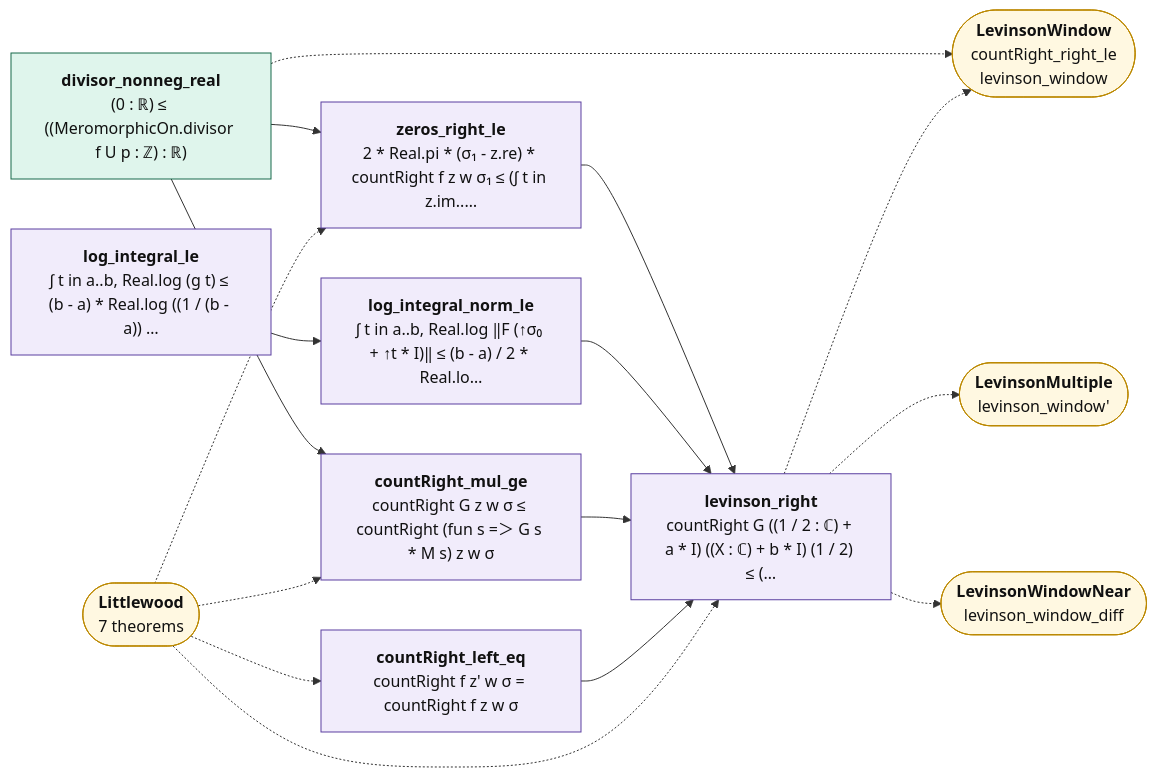
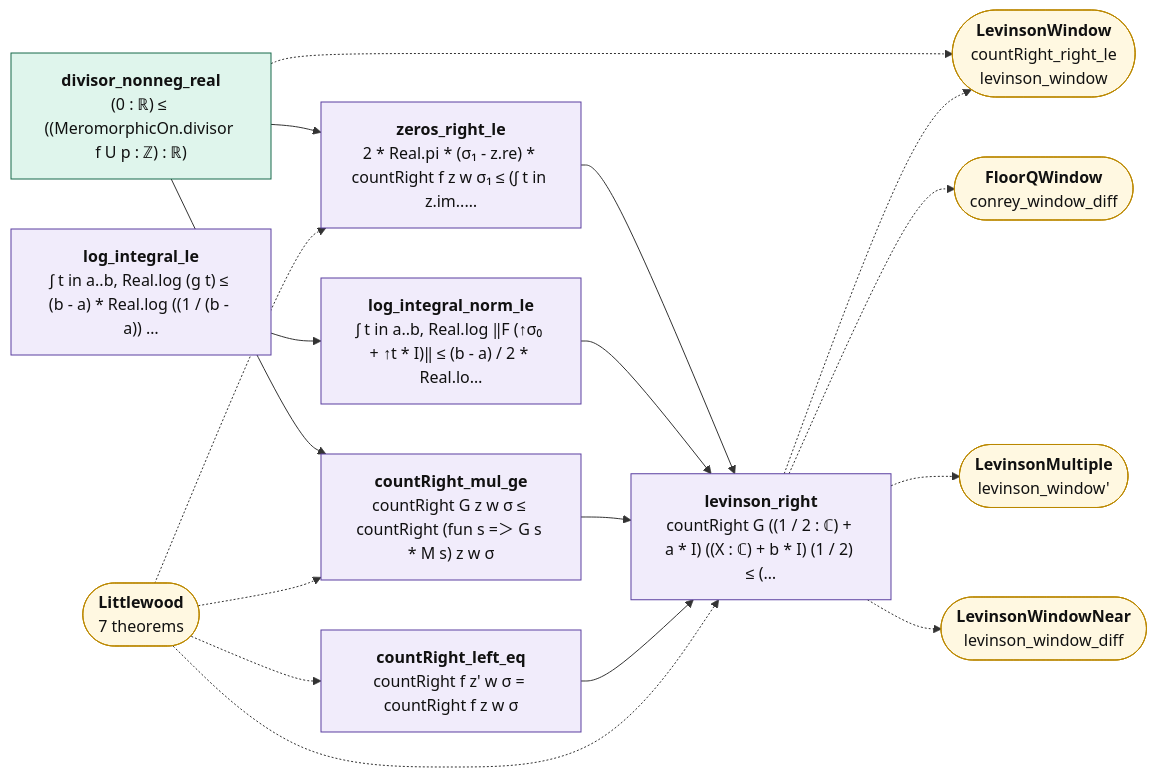
One commit to juliansambranojr/Primebeat_081426 changed the diagram in map/lean_stage3/LevinsonRight.md. Above: the diagram before and after it, drawn with Mermaid. The commit also changed other lines of this file and 70 other files, not shown here.

````diff
--- a/map/lean_stage3/LevinsonRight.md
+++ b/map/lean_stage3/LevinsonRight.md
@@ -14,37 +14,39 @@
 ```mermaid
 flowchart LR
   n0["<b>divisor_nonneg_real</b><br/>(0 : ℝ) ≤ ((MeromorphicOn.divisor f U p : ℤ) : ℝ)"]:::cnt
   n1["<b>zeros_right_le</b><br/>2 * Real.pi * (σ₁ - z.re) * countRight f z w σ₁ ≤ (∫ t in z.im..…"]:::shp
   n2["<b>log_integral_le</b><br/>∫ t in a..b, Real.log (g t) ≤ (b - a) * Real.log ((1 / (b - a)) …"]:::shp
   n3["<b>log_integral_norm_le</b><br/>∫ t in a..b, Real.log ‖F (↑σ₀ + ↑t * I)‖ ≤ (b - a) / 2 * Real.lo…"]:::shp
   n4["<b>countRight_mul_ge</b><br/>countRight G z w σ ≤ countRight (fun s =＞ G s * M s) z w σ"]:::shp
   n5["<b>countRight_left_eq</b><br/>countRight f z' w σ = countRight f z w σ"]:::shp
   n6["<b>levinson_right</b><br/>countRight G ((1 / 2 : ℂ) + a * I) ((X : ℂ) + b * I) (1 / 2) ≤ (…"]:::shp
   x0(["<b>LevinsonWindow</b><br/>countRight_right_le<br/>levinson_window"]):::ext
   x1(["<b>Littlewood</b><br/>7 theorems"]):::ext
-  x2(["<b>LevinsonMultiple</b><br/>levinson_window'"]):::ext
-  x3(["<b>LevinsonWindowNear</b><br/>levinson_window_diff"]):::ext
+  x2(["<b>FloorQWindow</b><br/>conrey_window_diff"]):::ext
+  x3(["<b>LevinsonMultiple</b><br/>levinson_window'"]):::ext
+  x4(["<b>LevinsonWindowNear</b><br/>levinson_window_diff"]):::ext
   n0 --> n1
   n0 --> n4
   n1 --> n6
   n2 --> n3
   n3 --> n6
   n4 --> n6
   n5 --> n6
   n0 -.-> x0
   n6 -.-> x0
   n6 -.-> x2
   n6 -.-> x3
+  n6 -.-> x4
   x1 -.-> n1
   x1 -.-> n4
   x1 -.-> n5
   x1 -.-> n6
   classDef cnt fill:#dff5ec,stroke:#17694a,color:#111
   classDef shp fill:#f1ecfb,stroke:#5b3fa0,color:#111
   classDef rh fill:#ffe5e5,stroke:#c22,color:#111,stroke-width:2px
   classDef thm fill:#eef4ff,stroke:#335,color:#111
   classDef end_ fill:#e7f7e7,stroke:#2a7,color:#111,stroke-width:2px
   classDef lone fill:#fff,stroke:#999,color:#111,stroke-dasharray:4 3
   classDef bad fill:#ffe5e5,stroke:#c22,color:#111,stroke-width:2px
   classDef ext fill:#fff8e1,stroke:#b80,color:#111
 ```
````
